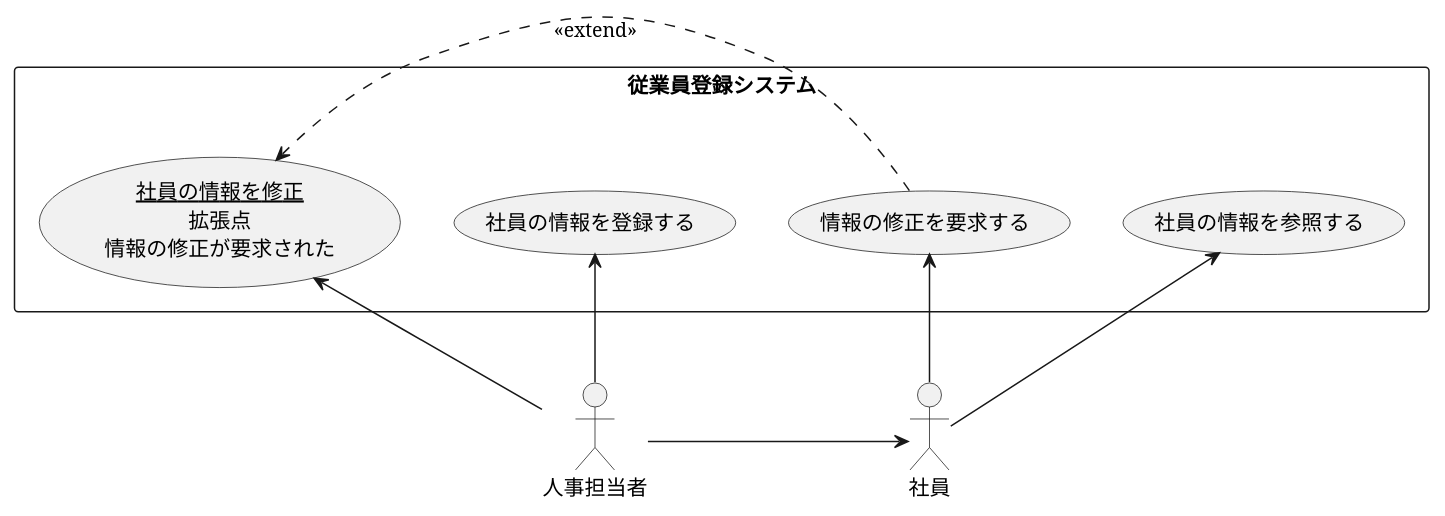
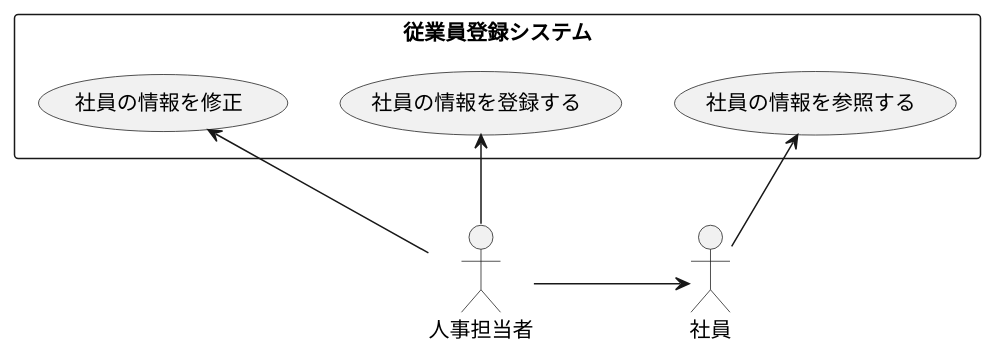
One commit to ponkotu1/uml-introduction changed the diagram in 演習2-6_盛岡システム_従業員登録システム.pu. Above: the diagram before and after it, drawn with PlantUML. The commit also changed 2 other files, not shown here.

```diff
--- a/演習2-6_盛岡システム_従業員登録システム.pu
+++ b/演習2-6_盛岡システム_従業員登録システム.pu
@@ -1,19 +1,18 @@
 @startuml 盛岡商事
 actor 人事担当者
 actor 社員
 rectangle 従業員登録システム {
 usecase 社員の情報を登録する
 usecase 社員の情報を参照する
-usecase (<u>社員の情報を修正</u>\n拡張点\n情報の修正が要求された)as input
-usecase 情報の修正を要求する
+usecase 社員の情報を修正
 
 
 }
-情報の修正を要求する <-- 社員
+
 人事担当者 -> 社員
 社員の情報を登録する <--人事担当者
 社員の情報を参照する <-- 社員
-input <-- 人事担当者
-情報の修正を要求する .> input :<<extend>>
+社員の情報を修正 <-- 人事担当者
+
 
 @enduml
```
